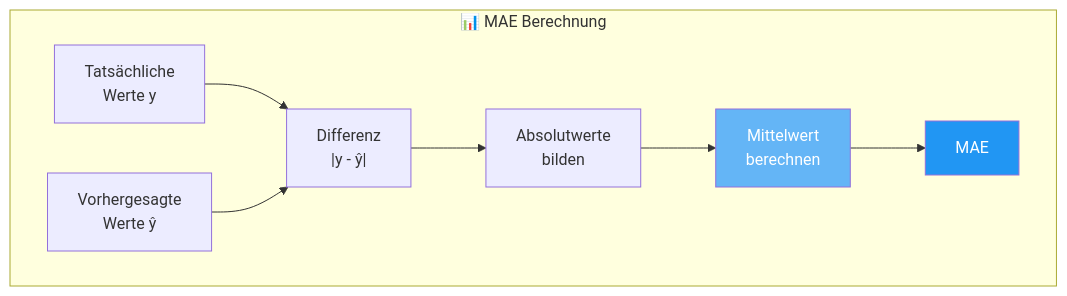
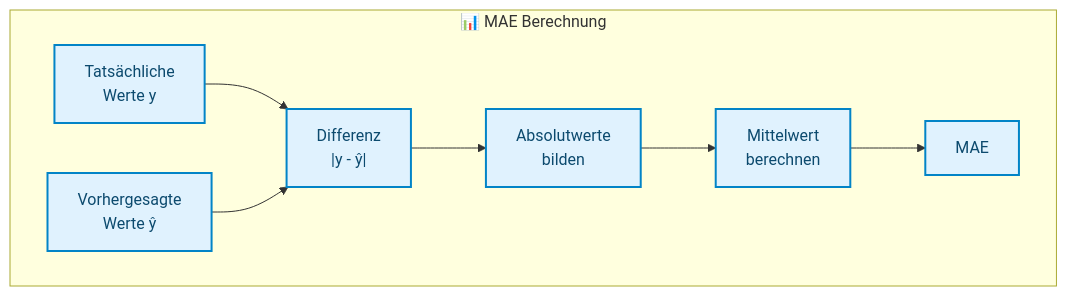
One commit to ralf-42/ML_Intro changed the third of 9 diagrams in docs/concepts/evaluate/bewertung_regression.md. Above: the diagram before and after it, drawn with Mermaid. The commit also changed other lines of this file and 67 other files, not shown here.

````diff
--- a/docs/concepts/evaluate/bewertung_regression.md
+++ b/docs/concepts/evaluate/bewertung_regression.md
@@ -160,20 +165,19 @@
 ```mermaid
 flowchart TD
     subgraph Berechnung["📊 MAE Berechnung"]
         REAL["Tatsächliche<br/>Werte y"]
         PRED["Vorhergesagte<br/>Werte ŷ"]
         DIFF["Differenz<br/>|y - ŷ|"]
         ABS["Absolutwerte<br/>bilden"]
         MEAN["Mittelwert<br/>berechnen"]
         MAE["MAE"]
     end
     
     REAL --> DIFF
     PRED --> DIFF
     DIFF --> ABS
     ABS --> MEAN
     MEAN --> MAE
-    
-    style MAE fill:#2196F3,color:#fff
-    style MEAN fill:#64B5F6,color:#fff
+
+    classDef default fill:#e0f2fe,stroke:#0284c7,stroke-width:2px,color:#0c4a6e;
 ```
````
